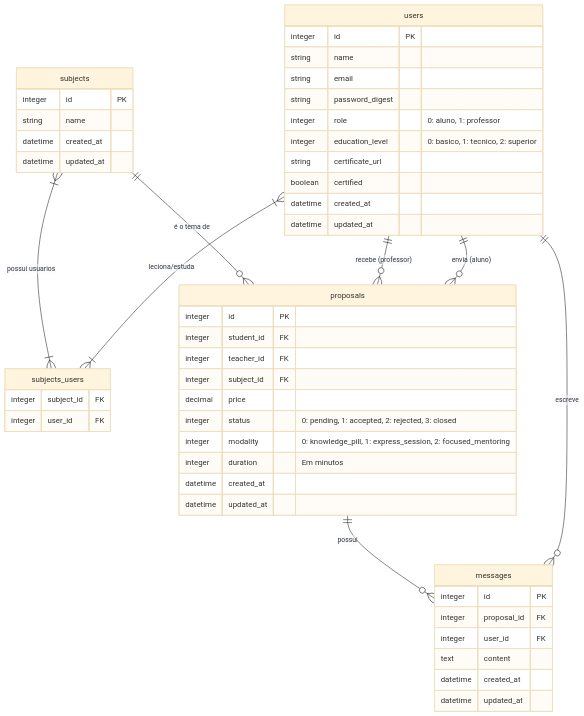
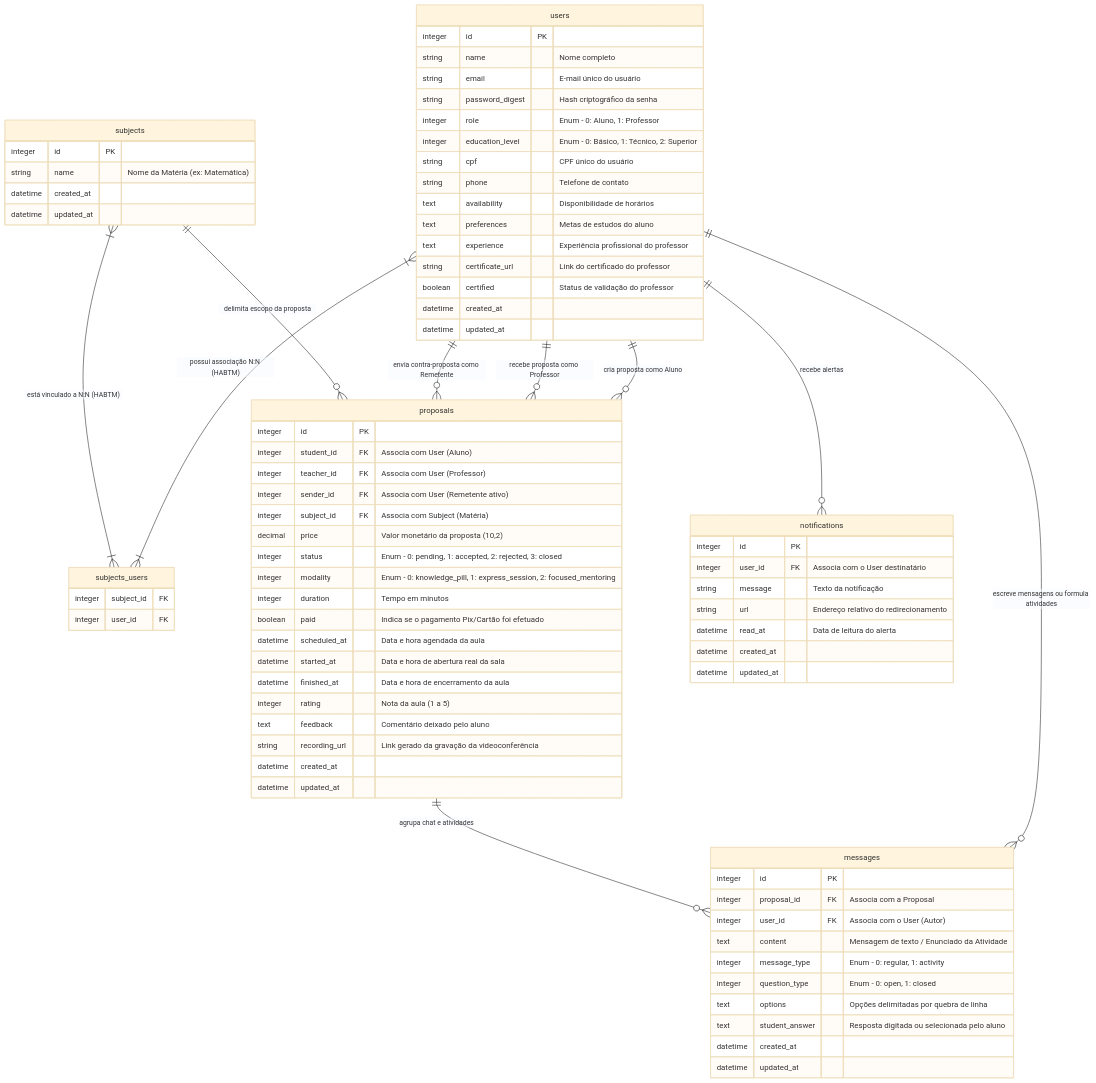
The diagram in README.md (VitorPierre/projeto-hacka-2), drawn with Mermaid (base theme) before and after one commit. The commit also changed other lines of this file and 7 other files, not shown here.

````diff
--- a/README.md
+++ b/README.md
@@ -65,20 +159,25 @@
 erDiagram
     users {
         integer id PK
-        string name
-        string email
-        string password_digest
-        integer role "0: aluno, 1: professor"
-        integer education_level "0: basico, 1: tecnico, 2: superior"
-        string certificate_url
-        boolean certified
+        string name "Nome completo"
+        string email "E-mail único do usuário"
+        string password_digest "Hash criptográfico da senha"
+        integer role "Enum - 0: Aluno, 1: Professor"
+        integer education_level "Enum - 0: Básico, 1: Técnico, 2: Superior"
+        string cpf "CPF único do usuário"
+        string phone "Telefone de contato"
+        text availability "Disponibilidade de horários"
+        text preferences "Metas de estudos do aluno"
+        text experience "Experiência profissional do professor"
+        string certificate_url "Link do certificado do professor"
+        boolean certified "Status de validação do professor"
         datetime created_at
         datetime updated_at
     }
     
     subjects {
         integer id PK
-        string name
+        string name "Nome da Matéria (ex: Matemática)"
         datetime created_at
         datetime updated_at
     }
@@ -90,31 +189,56 @@
 
     proposals {
         integer id PK
-        integer student_id FK
-        integer teacher_id FK
-        integer subject_id FK
-        decimal price
-        integer status "0: pending, 1: accepted, 2: rejected, 3: closed"
-        integer modality "0: knowledge_pill, 1: express_session, 2: focused_mentoring"
-        integer duration "Em minutos"
+        integer student_id FK "Associa com User (Aluno)"
+        integer teacher_id FK "Associa com User (Professor)"
+        integer sender_id FK "Associa com User (Remetente ativo)"
+        integer subject_id FK "Associa com Subject (Matéria)"
+        decimal price "Valor monetário da proposta (10,2)"
+        integer status "Enum - 0: pending, 1: accepted, 2: rejected, 3: closed"
+        integer modality "Enum - 0: knowledge_pill, 1: express_session, 2: focused_mentoring"
+        integer duration "Tempo em minutos"
+        boolean paid "Indica se o pagamento Pix/Cartão foi efetuado"
+        datetime scheduled_at "Data e hora agendada da aula"
+        datetime started_at "Data e hora de abertura real da sala"
+        datetime finished_at "Data e hora de encerramento da aula"
+        integer rating "Nota da aula (1 a 5)"
+        text feedback "Comentário deixado pelo aluno"
+        string recording_url "Link gerado da gravação da videoconferência"
         datetime created_at
         datetime updated_at
     }
 
     messages {
         integer id PK
-        integer proposal_id FK
-        integer user_id FK
-        text content
+        integer proposal_id FK "Associa com a Proposal"
+        integer user_id FK "Associa com o User (Autor)"
+        text content "Mensagem de texto / Enunciado da Atividade"
+        integer message_type "Enum - 0: regular, 1: activity"
+        integer question_type "Enum - 0: open, 1: closed"
+        text options "Opções delimitadas por quebra de linha"
+        text student_answer "Resposta digitada ou selecionada pelo aluno"
         datetime created_at
         datetime updated_at
     }
 
-    users ||--o{ proposals : "envia (aluno)"
-    users ||--o{ proposals : "recebe (professor)"
-    users ||--o{ messages : "escreve"
-    proposals ||--o{ messages : "possui"
-    subjects ||--o{ proposals : "é o tema de"
-    users }|--|{ subjects_users : "leciona/estuda"
-    subjects }|--|{ subjects_users : "possui usuarios"
+    notifications {
+        integer id PK
+        integer user_id FK "Associa com o User destinatário"
+        string message "Texto da notificação"
+        string url "Endereço relativo do redirecionamento"
+        datetime read_at "Data de leitura do alerta"
+        datetime created_at
+        datetime updated_at
+    }
+
+    users ||--o{ proposals : "cria proposta como Aluno"
+    users ||--o{ proposals : "recebe proposta como Professor"
+    users ||--o{ proposals : "envia contra-proposta como Remetente"
+    users ||--o{ messages : "escreve mensagens ou formula atividades"
+    users ||--o{ notifications : "recebe alertas"
+    proposals ||--o{ messages : "agrupa chat e atividades"
+    subjects ||--o{ proposals : "delimita escopo da proposta"
+    
+    users }|--|{ subjects_users : "possui associação N:N (HABTM)"
+    subjects }|--|{ subjects_users : "está vinculado a N:N (HABTM)"
 ```
````
